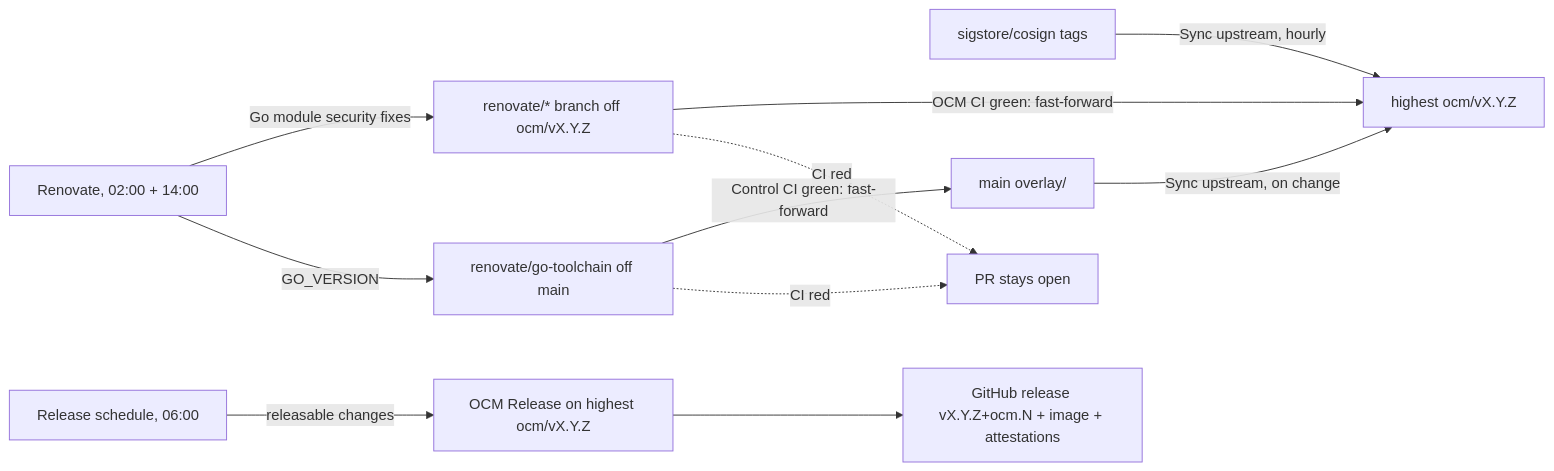
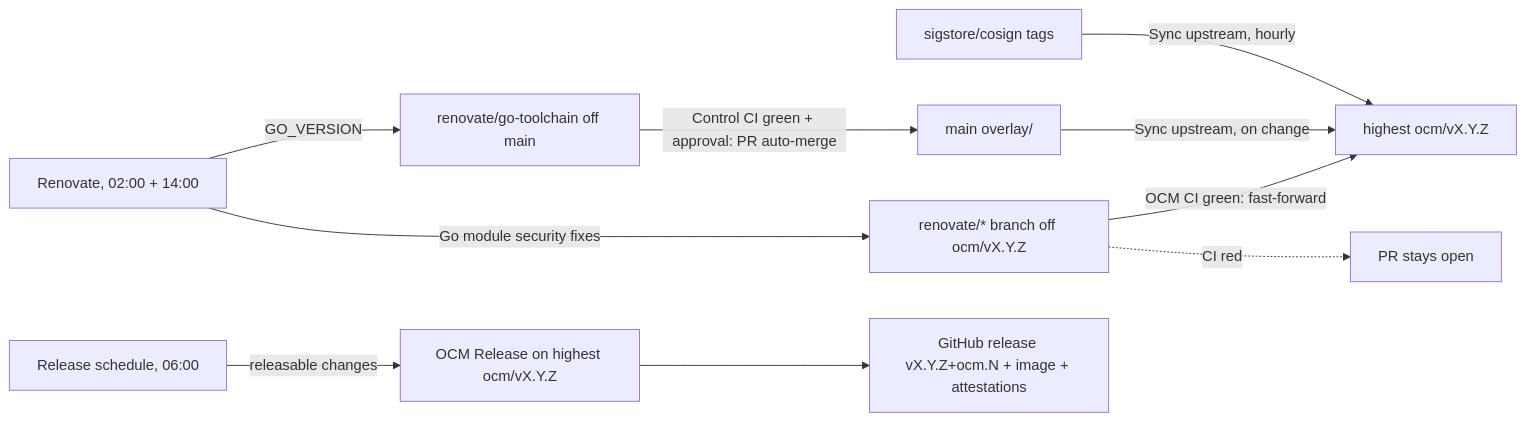
One commit to open-component-model/cosign changed the diagram in docs/maintenance.md. Above: the diagram before and after it, drawn with Mermaid. The commit also changed other lines of this file and 6 other files, not shown here.

````diff
--- a/docs/maintenance.md
+++ b/docs/maintenance.md
@@ -11,13 +11,12 @@
 ```mermaid
 flowchart LR
   U[sigstore/cosign tags] -->|Sync upstream, hourly| B[highest ocm/vX.Y.Z]
   O[main overlay/] -->|Sync upstream, on change| B
   R[Renovate, 02:00 + 14:00] -->|Go module security fixes| RB[renovate/* branch off ocm/vX.Y.Z]
   R -->|GO_VERSION| RM[renovate/go-toolchain off main]
   RB -->|OCM CI green: fast-forward| B
-  RM -->|Control CI green: fast-forward| O
+  RM -->|Control CI green + approval: PR auto-merge| O
   RB -.->|CI red| P[PR stays open]
-  RM -.->|CI red| P
   S[Release schedule, 06:00] -->|releasable changes| REL[OCM Release on highest ocm/vX.Y.Z]
   REL --> A[GitHub release vX.Y.Z+ocm.N + image + attestations]
 ```
````
